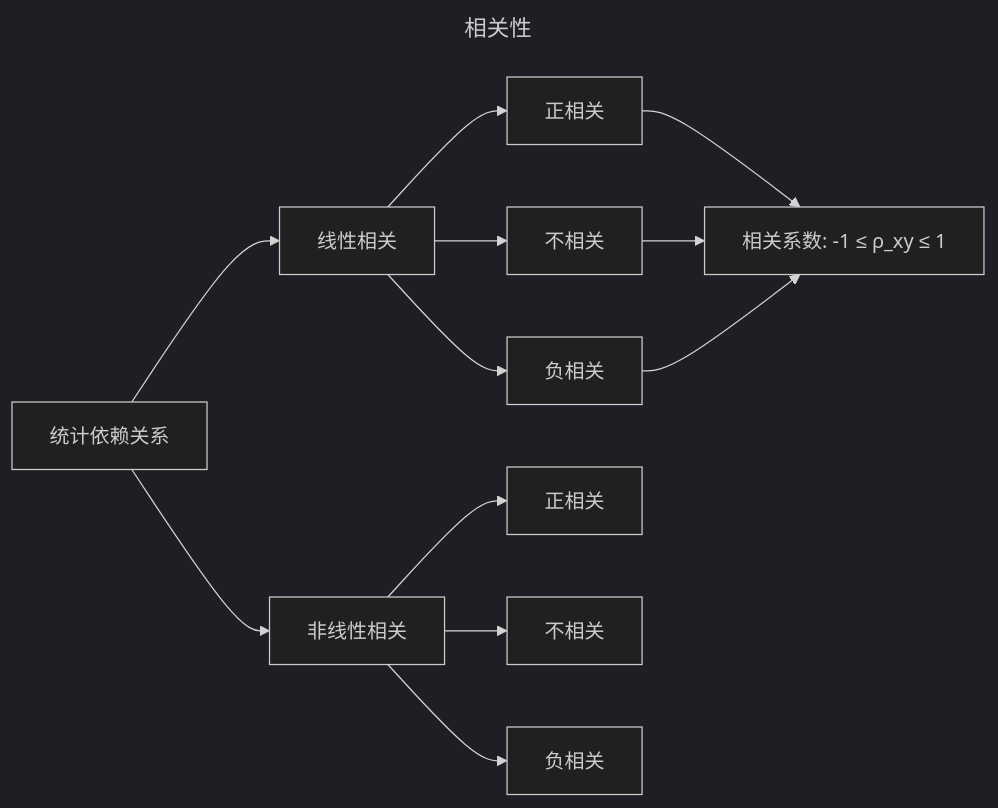
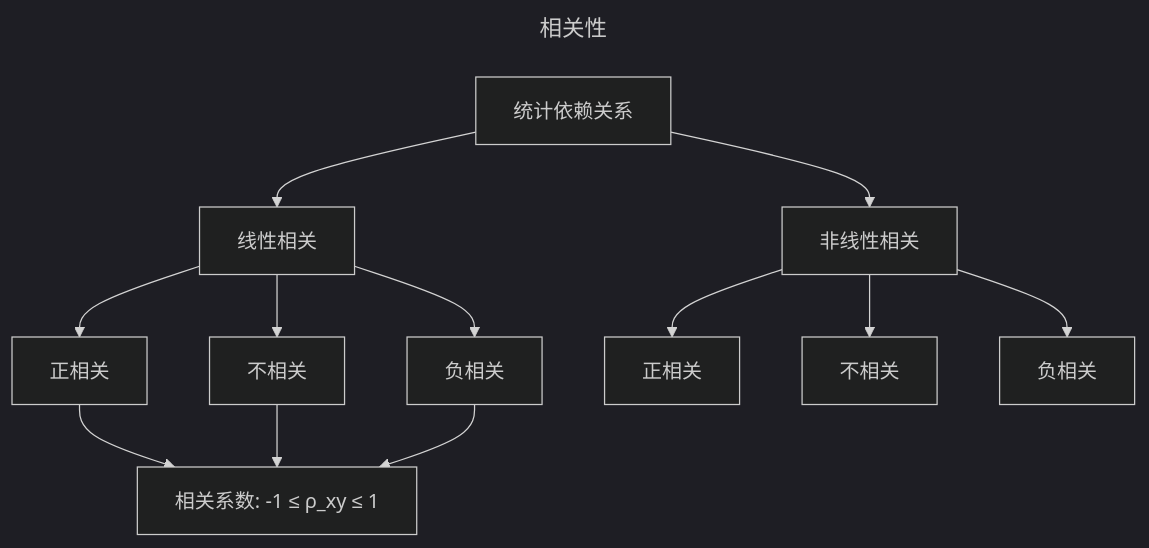
The second of 3 diagrams in 人工智能基础与应用/6.机器学习.md (chai-mi/note), drawn with Mermaid (dark theme) before and after one commit. The commit also changed other lines of this file, not shown here.

````diff
--- a/人工智能基础与应用/6.机器学习.md
+++ b/人工智能基础与应用/6.机器学习.md
@@ -135,17 +122,17 @@
 ```mermaid
 ---
 title: 相关性
 ---
-graph LR
+graph TD
     A[统计依赖关系] --> B[线性相关]
     A[统计依赖关系] --> C[非线性相关]
     B --> B1[正相关]
     B --> B2[不相关]
     B --> B3[负相关]
     C --> C1[正相关]
     C --> C2[不相关]
     C --> C3[负相关]
     B1 --> D[相关系数: -1 ≤ ρ_xy ≤ 1]
     B2 --> D[相关系数: -1 ≤ ρ_xy ≤ 1]
     B3 --> D[相关系数: -1 ≤ ρ_xy ≤ 1]
 ```
````
